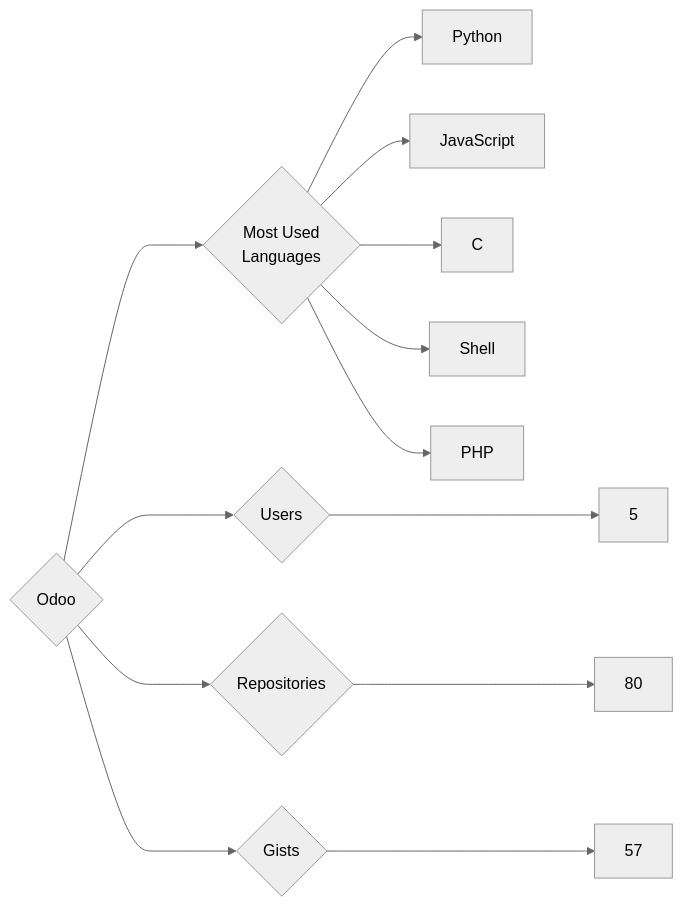
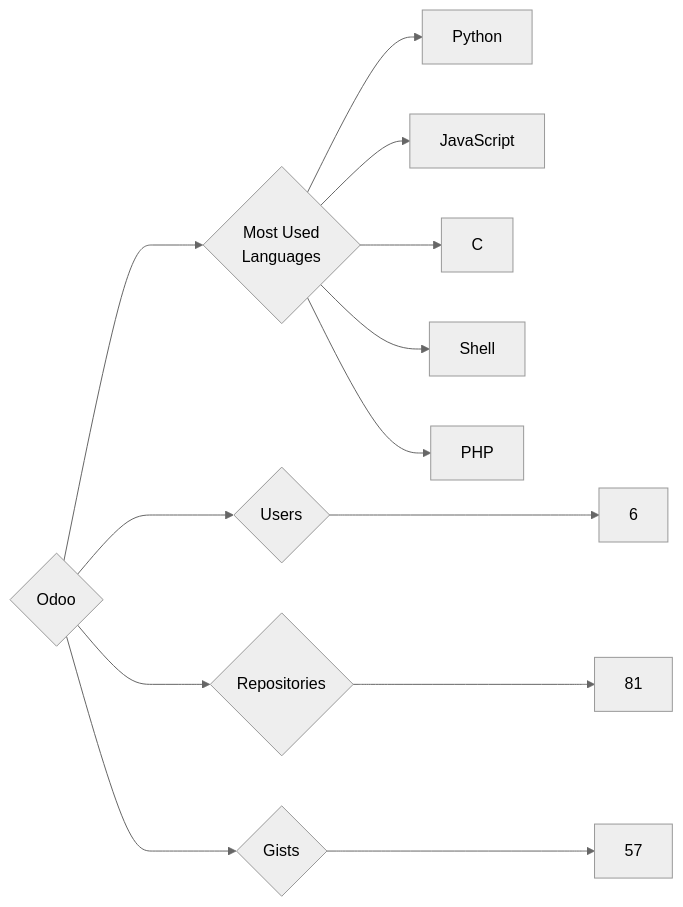
Before and after one commit to trickest/insiders: the diagram in targets/Odoo/README.md, drawn with Mermaid (neutral theme). The commit also changed 835 other files, not shown here.

````diff
--- a/targets/Odoo/README.md
+++ b/targets/Odoo/README.md
@@ -3,13 +3,13 @@
 ```mermaid
 graph LR
 COMPANY_NAME{Odoo}
-COMPANY_NAME ---> U{Users} ---> UN[5]
-COMPANY_NAME ---> R{Repositories} ---> RN[80]
+COMPANY_NAME ---> U{Users} ---> UN[6]
+COMPANY_NAME ---> R{Repositories} ---> RN[81]
 COMPANY_NAME ---> G{Gists} ---> GN[57]
 COMPANY_NAME ---> ML{Most Used<br>Languages}
 ML --> Python[Python]
 ML --> JavaScript[JavaScript]
 ML --> C[C]
 ML --> Shell[Shell]
 ML --> PHP[PHP]
 ```
````
